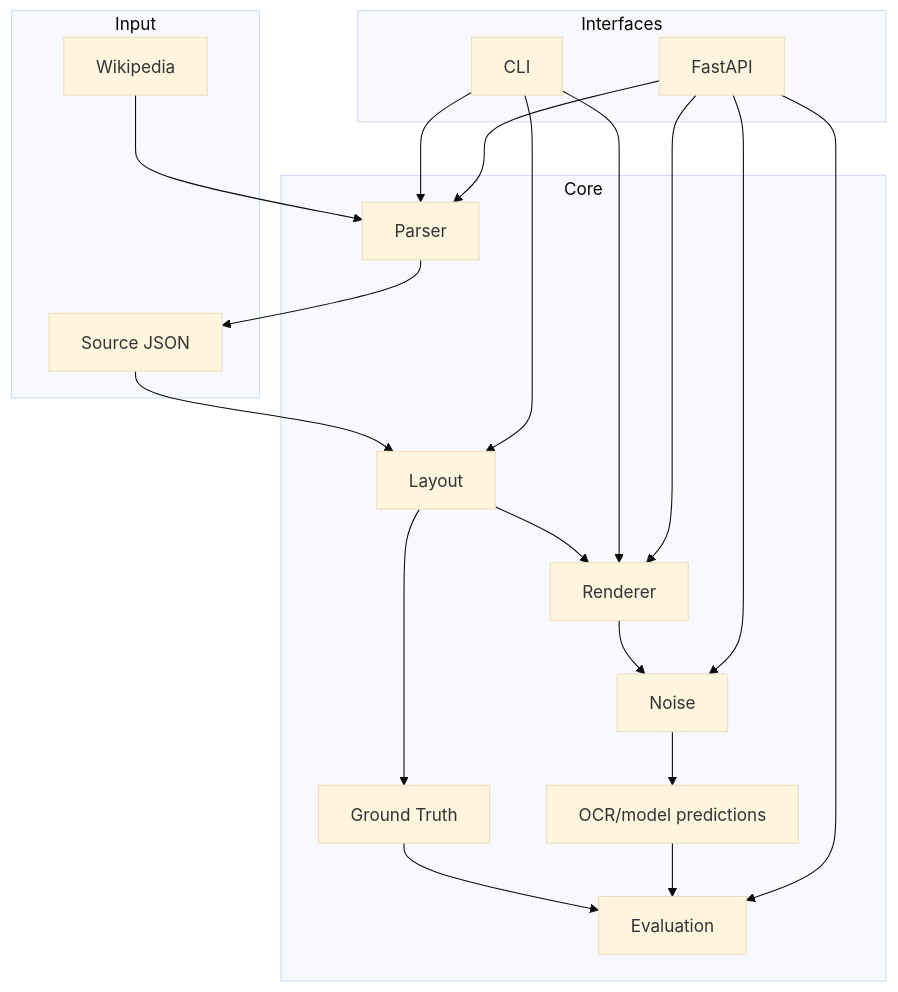
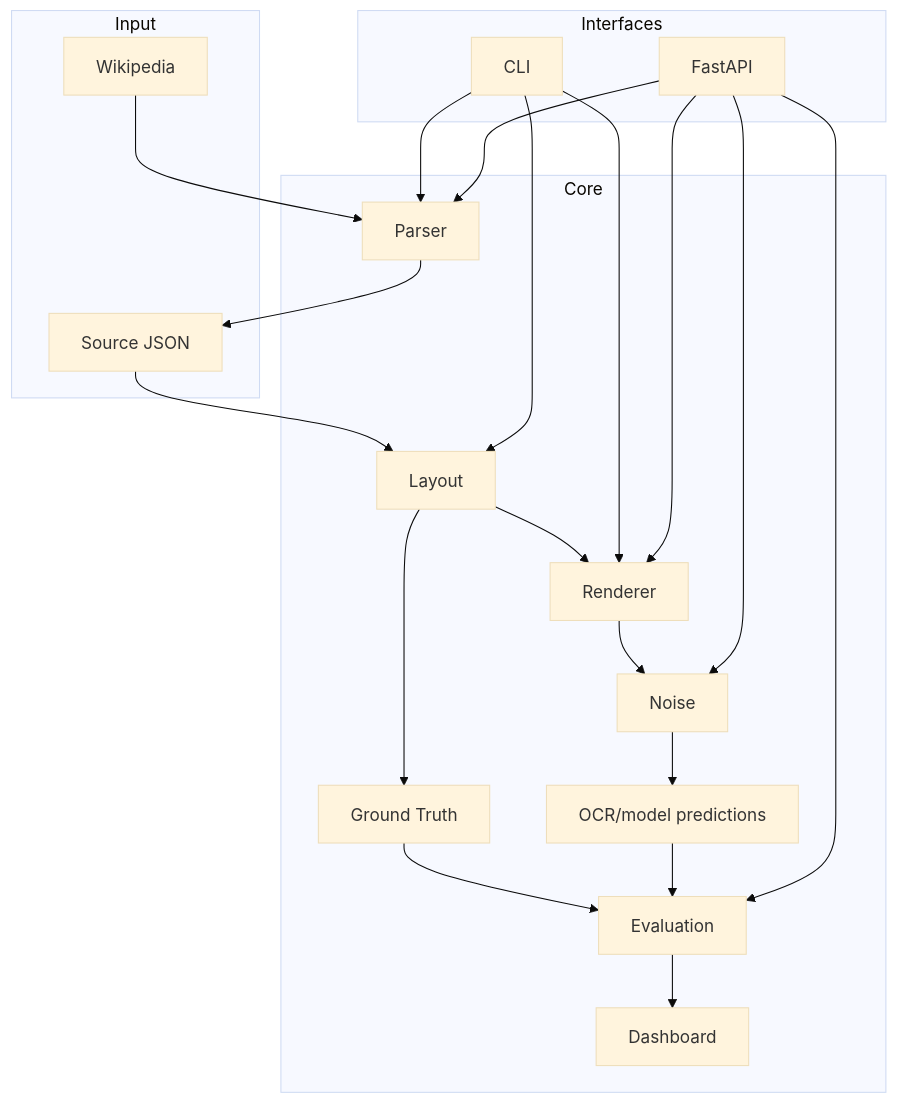
Before and after one commit to vorobev-danila/PolyDocBench: the second of 2 diagrams in README.md, drawn with Mermaid (base theme). The commit also changed other lines of this file and 21 other files, not shown here.

````diff
--- a/README.md
+++ b/README.md
@@ -58,37 +61,39 @@
 ```mermaid
 flowchart TB
     subgraph Input
         W[Wikipedia]
         J[Source JSON]
     end
 
     subgraph Core
         P[Parser]
         L[Layout]
         R[Renderer]
         G[Ground Truth]
         D[Noise]
         M[OCR/model predictions]
         E[Evaluation]
+        V[Dashboard]
     end
 
     subgraph Interfaces
         C[CLI]
         A[FastAPI]
     end
 
     W --> P --> J
     J --> L --> R
     L --> G
     R --> D
     D --> M
     G --> E
     M --> E
+    E --> V
     C --> P
     C --> L
     C --> R
     A --> P
     A --> R
     A --> D
     A --> E
 ```
````
